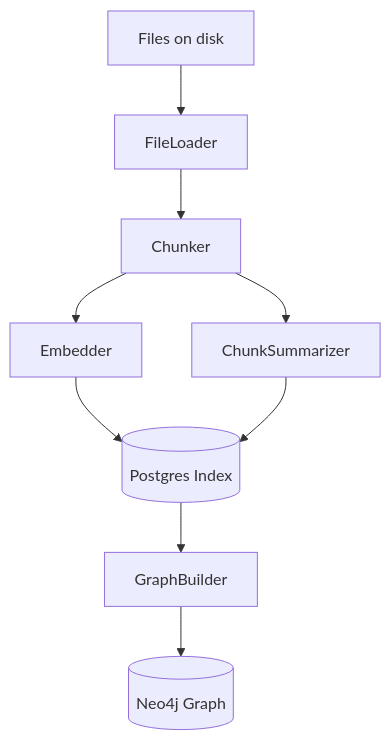
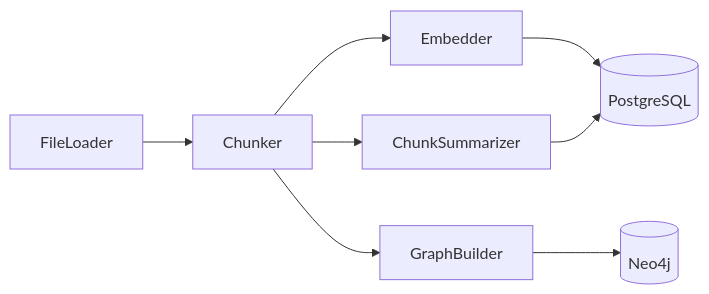
The first of 2 diagrams in mkdocs/docs/indexing.md (DMontgomery40/ragweld), drawn with Mermaid before and after one commit. The commit also changed other lines of this file and 92 other files, not shown here.

````diff
--- a/mkdocs/docs/indexing.md
+++ b/mkdocs/docs/indexing.md
@@ -37,11 +52,10 @@
 ```mermaid
-flowchart TD
-    Files[Files on disk] --> Loader[FileLoader]
-    Loader --> Chunker[Chunker]
-    Chunker --> Embedder[Embedder]
-    Embedder --> Postgres[(Postgres Index)]
-    Chunker --> Summarizer[ChunkSummarizer]
-    Summarizer --> Postgres
-    Postgres --> GraphBuilder[GraphBuilder]
-    GraphBuilder --> Neo4j[(Neo4j Graph)]
+flowchart LR
+    L[FileLoader] --> C[Chunker]
+    C --> E[Embedder]
+    E --> P[(PostgreSQL)]
+    C --> S[ChunkSummarizer]
+    S --> P
+    C --> GB[GraphBuilder]
+    GB --> N[(Neo4j)]
 ```
````
